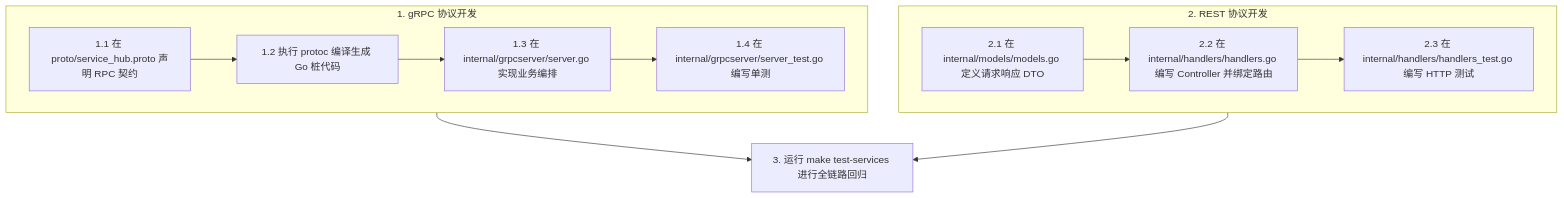
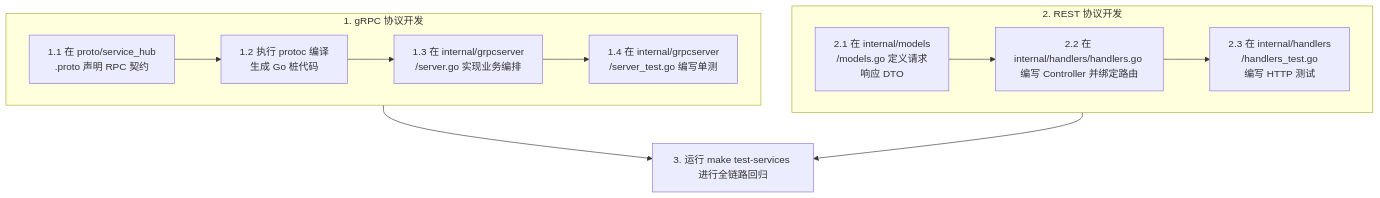
Before and after one commit to fengzhizi319/PrivShield: the fourth of 4 diagrams in services/service-hub/docs/learning-guide.md, drawn with Mermaid. The commit also changed other lines of this file and 1 other file, not shown here.

````diff
--- a/services/service-hub/docs/learning-guide.md
+++ b/services/service-hub/docs/learning-guide.md
@@ -564,16 +564,16 @@
 ```mermaid
 flowchart TD
     subgraph gRPC_Flow [1. gRPC 协议开发]
-        G1[1.1 在 proto/service_hub.proto 声明 RPC 契约] --> G2[1.2 执行 protoc 编译生成 Go 桩代码]
-        G2 --> G3[1.3 在 internal/grpcserver/server.go 实现业务编排]
-        G3 --> G4[1.4 在 internal/grpcserver/server_test.go 编写单测]
+        G1[1.1 在 proto/service_hub</br>.proto 声明 RPC 契约] --> G2[1.2 执行 protoc 编译</br>生成 Go 桩代码]
+        G2 --> G3[1.3 在 internal/grpcserver</br>/server.go 实现业务编排]
+        G3 --> G4[1.4 在 internal/grpcserver</br>/server_test.go 编写单测]
     end
 
     subgraph REST_Flow [2. REST 协议开发]
-        R1[2.1 在 internal/models/models.go 定义请求响应 DTO] --> R2[2.2 在 internal/handlers/handlers.go 编写 Controller 并绑定路由]
-        R2 --> R3[2.3 在 internal/handlers/handlers_test.go 编写 HTTP 测试]
+        R1[2.1 在 internal/models</br>/models.go 定义请求</br>响应 DTO] --> R2[2.2 在 internal/handlers/handlers.go </br>编写 Controller 并绑定路由]
+        R2 --> R3[2.3 在 internal/handlers</br>/handlers_test.go </br>编写 HTTP 测试]
     end
 
     gRPC_Flow --> E2E[3. 运行 make test-services 进行全链路回归]
     REST_Flow --> E2E
 ```
````
